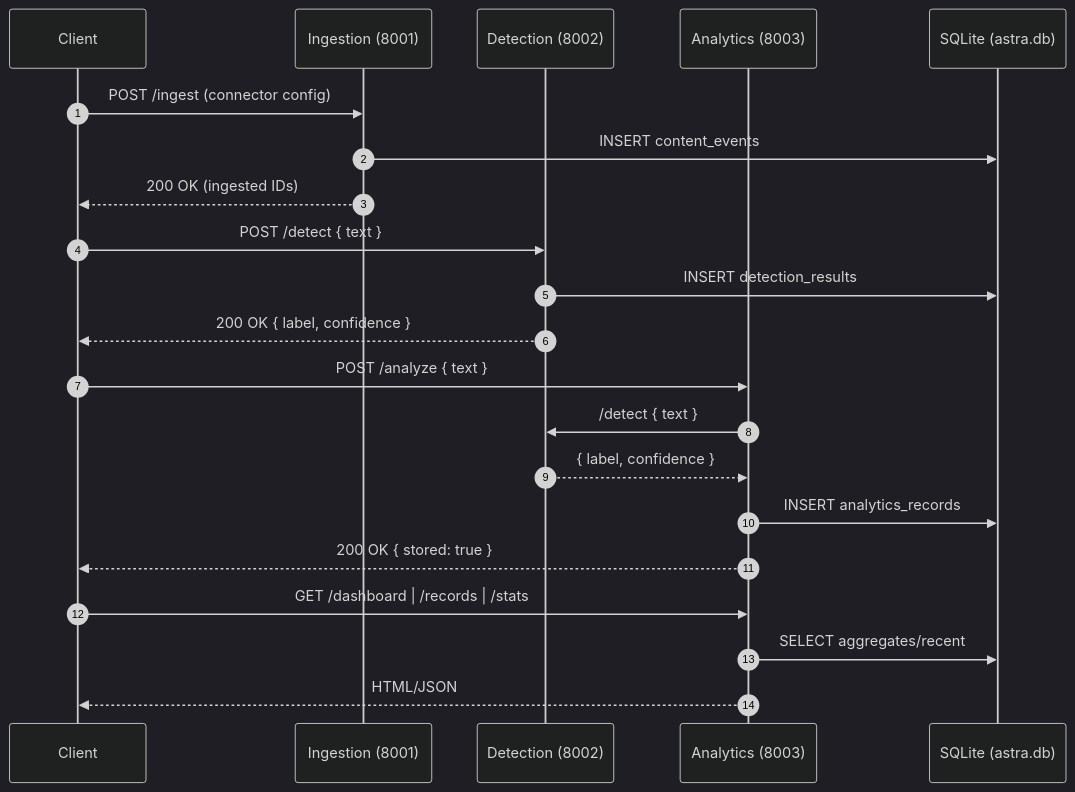
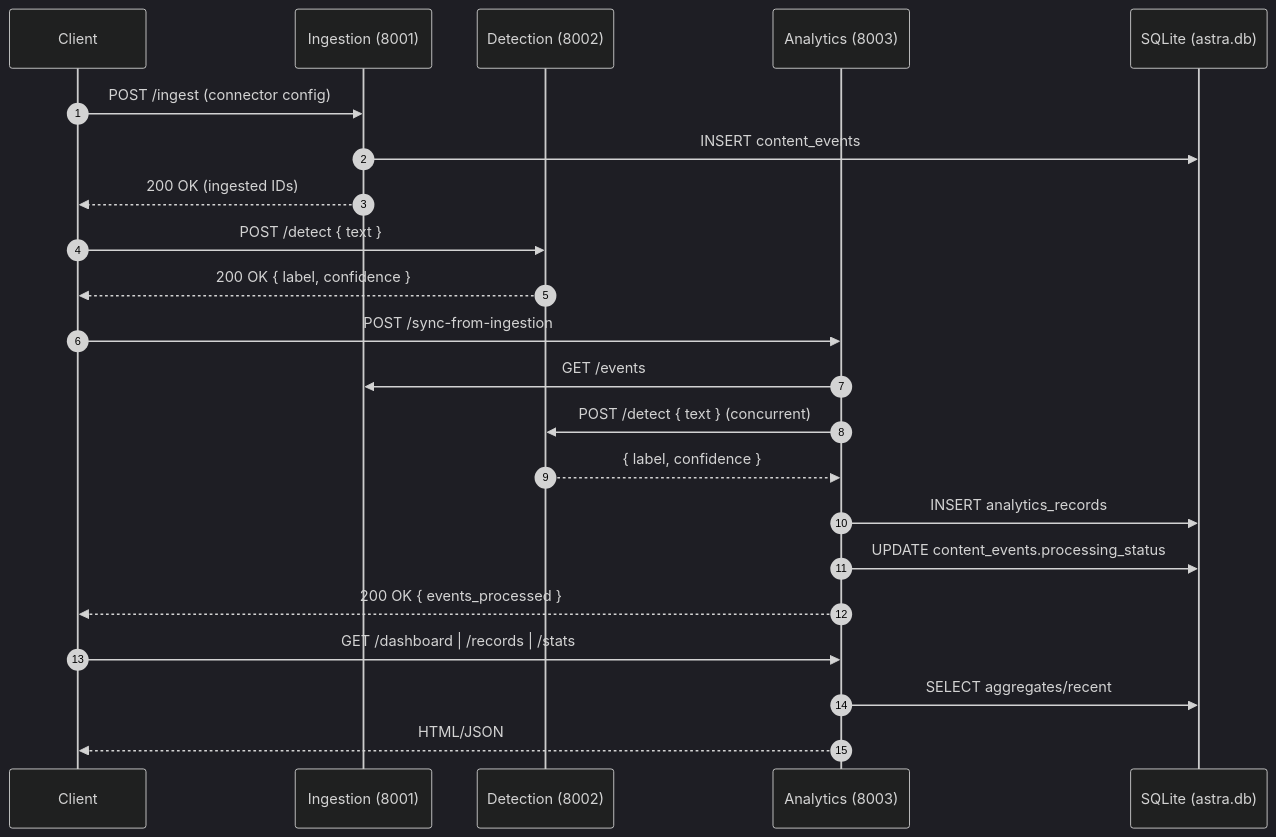
Before and after one commit to bhardwaj-kushagra/ASTRA: the second of 2 diagrams in docs/DEVELOPER_GUIDE.md, drawn with Mermaid (dark theme). The commit also changed other lines of this file and 38 other files, not shown here.

````diff
--- a/docs/DEVELOPER_GUIDE.md
+++ b/docs/DEVELOPER_GUIDE.md
@@ -82,27 +87,28 @@
 ```mermaid
 sequenceDiagram
     autonumber
     participant Cl as Client
     participant ING as Ingestion (8001)
     participant DET as Detection (8002)
     participant ANA as Analytics (8003)
     participant DB as SQLite (astra.db)
 
     Cl->>ING: POST /ingest (connector config)
     ING->>DB: INSERT content_events
     ING-->>Cl: 200 OK (ingested IDs)
 
     Cl->>DET: POST /detect { text }
-    DET->>DB: INSERT detection_results
     DET-->>Cl: 200 OK { label, confidence }
 
-    Cl->>ANA: POST /analyze { text }
-    ANA->>DET: /detect { text }
+    Cl->>ANA: POST /sync-from-ingestion
+    ANA->>ING: GET /events
+    ANA->>DET: POST /detect { text } (concurrent)
     DET-->>ANA: { label, confidence }
     ANA->>DB: INSERT analytics_records
-    ANA-->>Cl: 200 OK { stored: true }
+    ANA->>DB: UPDATE content_events.processing_status
+    ANA-->>Cl: 200 OK { events_processed }
 
     Cl->>ANA: GET /dashboard | /records | /stats
     ANA->>DB: SELECT aggregates/recent
     ANA-->>Cl: HTML/JSON
 ```
````
